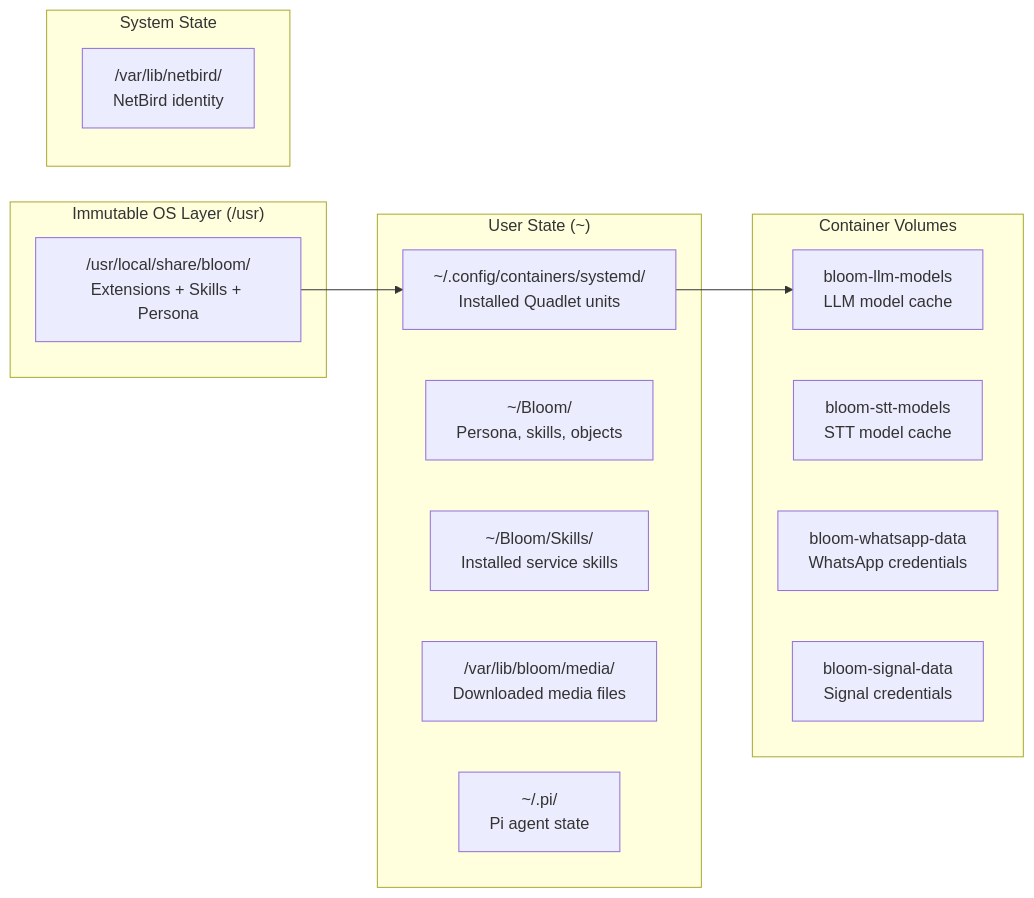
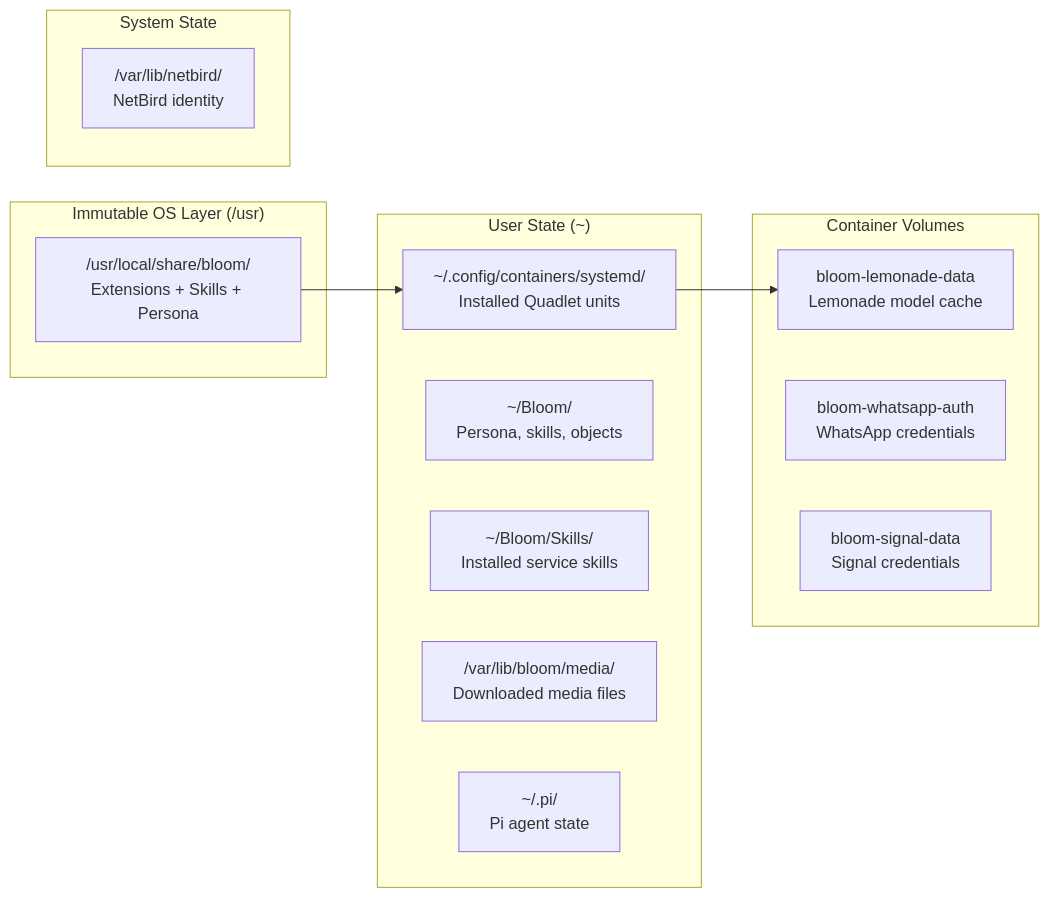
One commit to alexradunet/ownloom changed the fifth of 5 diagrams in docs/service-architecture.md. Above: the diagram before and after it, drawn with Mermaid. The commit also changed other lines of this file and 13 other files, not shown here.

First line of the commit message:
docs: update all references from llm/stt to lemonade-server

````diff
--- a/docs/service-architecture.md
+++ b/docs/service-architecture.md
@@ -208,28 +205,27 @@
 ```mermaid
 graph LR
     subgraph "Immutable OS Layer (/usr)"
         bloom_pkg["/usr/local/share/bloom/<br/>Extensions + Skills + Persona"]
     end
 
     subgraph "User State (~)"
         config["~/.config/containers/systemd/<br/>Installed Quadlet units"]
         bloom_dir["~/Bloom/<br/>Persona, skills, objects"]
         skills["~/Bloom/Skills/<br/>Installed service skills"]
         media["/var/lib/bloom/media/<br/>Downloaded media files"]
         pi_state["~/.pi/<br/>Pi agent state"]
     end
 
     subgraph "Container Volumes"
-        llm_models["bloom-llm-models<br/>LLM model cache"]
-        stt_models["bloom-stt-models<br/>STT model cache"]
-        wa_auth["bloom-whatsapp-data<br/>WhatsApp credentials"]
+        lemonade_data["bloom-lemonade-data<br/>Lemonade model cache"]
+        wa_auth["bloom-whatsapp-auth<br/>WhatsApp credentials"]
         signal_data["bloom-signal-data<br/>Signal credentials"]
     end
 
     subgraph "System State"
         nb_state["/var/lib/netbird/<br/>NetBird identity"]
     end
 
     bloom_pkg --> config
-    config --> llm_models
+    config --> lemonade_data
 ```
````
